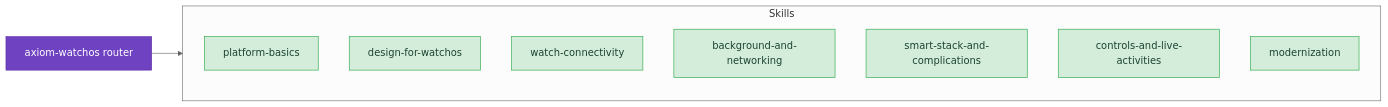
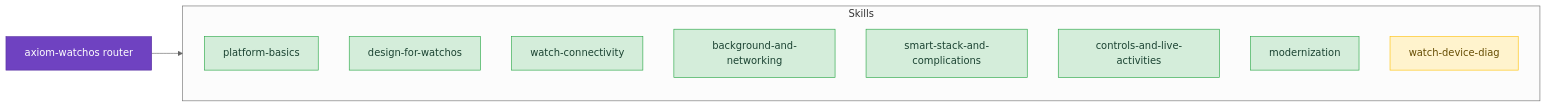
Before and after one commit to CharlesWiltgen/Axiom: the diagram in docs/skills/watchos/index.md, drawn with Mermaid (neutral theme). The commit also changed other lines of this file and 5 other files, not shown here.

````diff
--- a/docs/skills/watchos/index.md
+++ b/docs/skills/watchos/index.md
@@ -5,18 +5,20 @@
 ```mermaid
 flowchart LR
     classDef router fill:#6f42c1,stroke:#5a32a3,color:#fff
     classDef discipline fill:#d4edda,stroke:#28a745,color:#1b4332
+    classDef diagnostic fill:#fff3cd,stroke:#ffc107,color:#664d03
 
     axiom_watchos["axiom-watchos router"]:::router
 
     subgraph skills["Skills"]
         platform_basics["platform-basics"]:::discipline
         design_for_watchos["design-for-watchos"]:::discipline
         watch_connectivity["watch-connectivity"]:::discipline
         background_and_networking["background-and-networking"]:::discipline
         smart_stack_and_complications["smart-stack-and-complications"]:::discipline
         controls_and_live_activities["controls-and-live-activities"]:::discipline
         modernization["modernization"]:::discipline
+        watch_device_diag["watch-device-diag"]:::diagnostic
     end
     axiom_watchos --> skills
 ```
````
